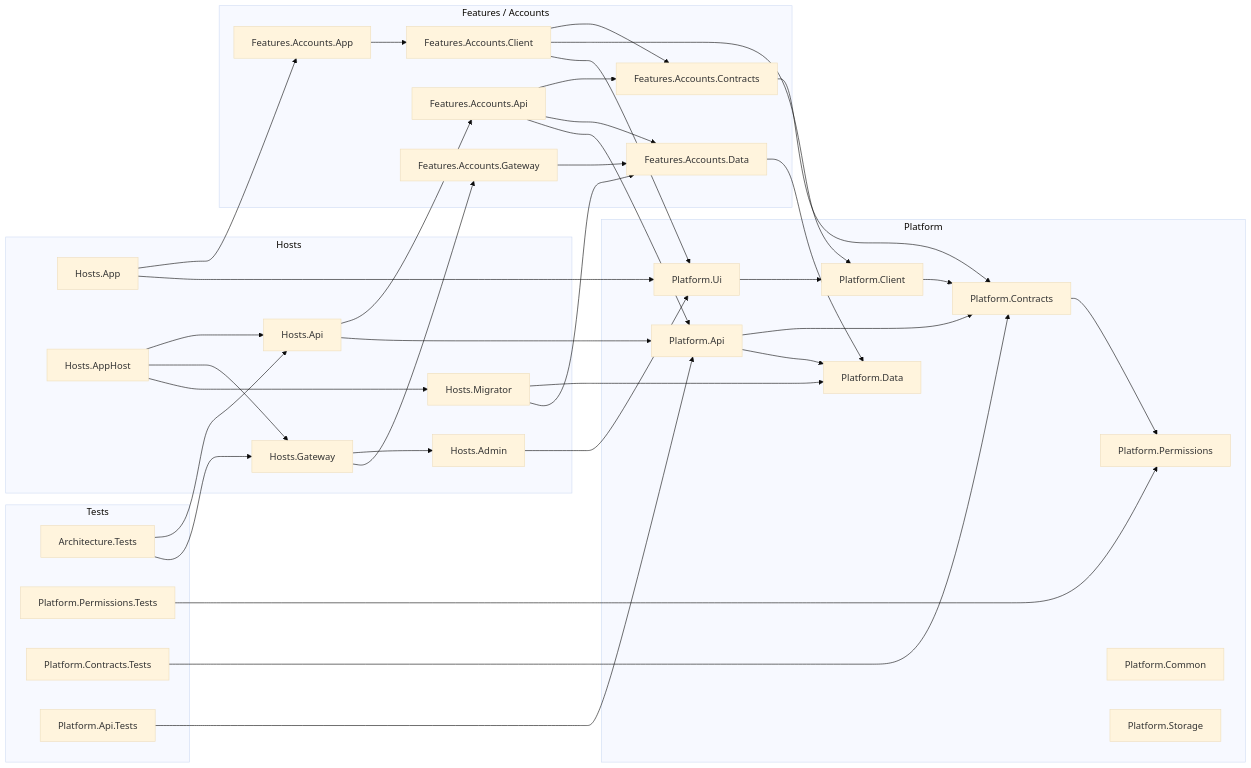
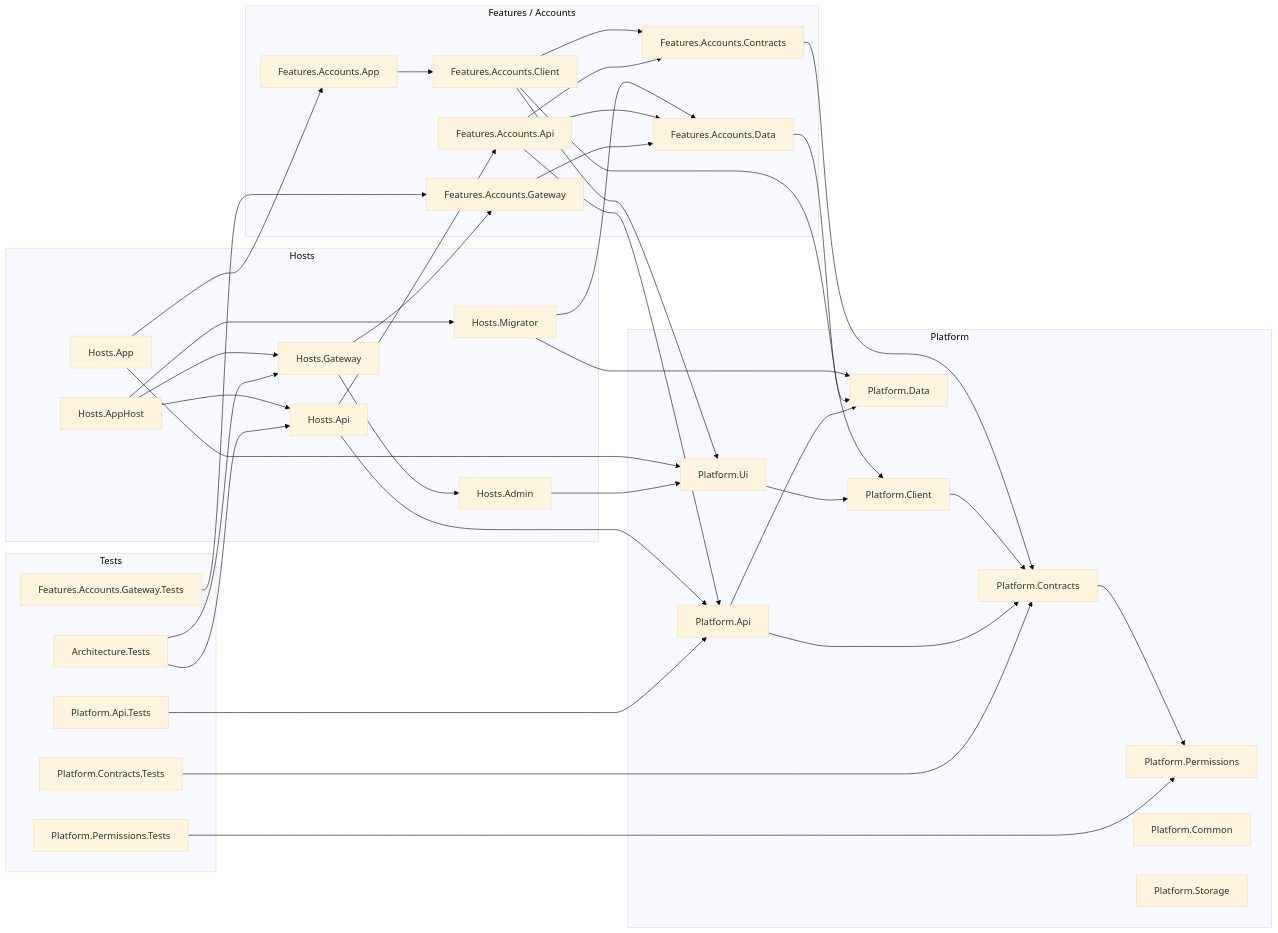
The first of 2 diagrams in docs/architecture/repo-layout.md (Asherslab/GSBC.ChurchApp), drawn with Mermaid (base theme) before and after one commit. The commit also changed other lines of this file and 7 other files, not shown here.

First line of the commit message:
Accounts: passkey ceremony tests with a software authenticator

````diff
--- a/docs/architecture/repo-layout.md
+++ b/docs/architecture/repo-layout.md
@@ -63,62 +63,64 @@
 ```mermaid
 flowchart LR
     subgraph Hosts
         HostsApp["Hosts.App"]
         HostsAdmin["Hosts.Admin"]
         HostsGateway["Hosts.Gateway"]
         HostsApi["Hosts.Api"]
         HostsMigrator["Hosts.Migrator"]
         HostsAppHost["Hosts.AppHost"]
     end
 
     subgraph Accounts["Features / Accounts"]
         AccountsApp["Features.Accounts.App"]
         AccountsClient["Features.Accounts.Client"]
         AccountsApi["Features.Accounts.Api"]
         AccountsData["Features.Accounts.Data"]
         AccountsGateway["Features.Accounts.Gateway"]
         AccountsContracts["Features.Accounts.Contracts"]
     end
 
     subgraph Platform
         PlatformUi["Platform.Ui"]
         PlatformClient["Platform.Client"]
         PlatformApi["Platform.Api"]
         PlatformData["Platform.Data"]
         PlatformContracts["Platform.Contracts"]
         PlatformPermissions["Platform.Permissions"]
         PlatformCommon["Platform.Common"]
         PlatformStorage["Platform.Storage"]
     end
 
     subgraph Tests
         ArchitectureTests["Architecture.Tests"]
         PermissionsTests["Platform.Permissions.Tests"]
         ContractsTests["Platform.Contracts.Tests"]
         ApiTests["Platform.Api.Tests"]
+        GatewayTests["Features.Accounts.Gateway.Tests"]
     end
 
     HostsAppHost --> HostsApi & HostsGateway & HostsMigrator
     HostsGateway --> HostsAdmin & AccountsGateway
     HostsApp --> AccountsApp & PlatformUi
     HostsAdmin --> PlatformUi
     HostsApi --> AccountsApi & PlatformApi
     HostsMigrator --> PlatformData & AccountsData
 
     AccountsApp --> AccountsClient
     AccountsClient --> AccountsContracts & PlatformClient & PlatformUi
     AccountsApi --> AccountsContracts & AccountsData & PlatformApi
     AccountsGateway --> AccountsData
     AccountsContracts --> PlatformContracts
     AccountsData --> PlatformData
 
     PlatformUi --> PlatformClient
     PlatformClient --> PlatformContracts
     PlatformApi --> PlatformContracts & PlatformData
     PlatformContracts --> PlatformPermissions
 
     ArchitectureTests --> HostsApi & HostsGateway
     PermissionsTests --> PlatformPermissions
     ContractsTests --> PlatformContracts
     ApiTests --> PlatformApi
+    GatewayTests --> AccountsGateway
 ```
````
